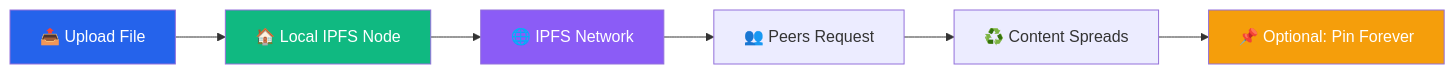
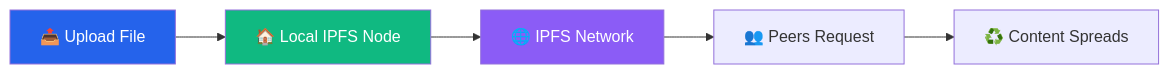
Before and after one commit to besoeasy/file-drop: the diagram in README.md, drawn with Mermaid. The commit also changed other lines of this file and 11 other files, not shown here.

````diff
--- a/README.md
+++ b/README.md
@@ -201,13 +201,11 @@
 ```mermaid
 graph LR
     A[📤 Upload File] --> B[🏠 Local IPFS Node]
     B --> C[🌐 IPFS Network]
     C --> D[👥 Peers Request]
     D --> E[♻️ Content Spreads]
-    E --> F[📌 Optional: Pin Forever]
     
     style A fill:#2563eb,color:#fff
     style B fill:#10b981,color:#fff
     style C fill:#8b5cf6,color:#fff
-    style F fill:#f59e0b,color:#fff
 ```
````
